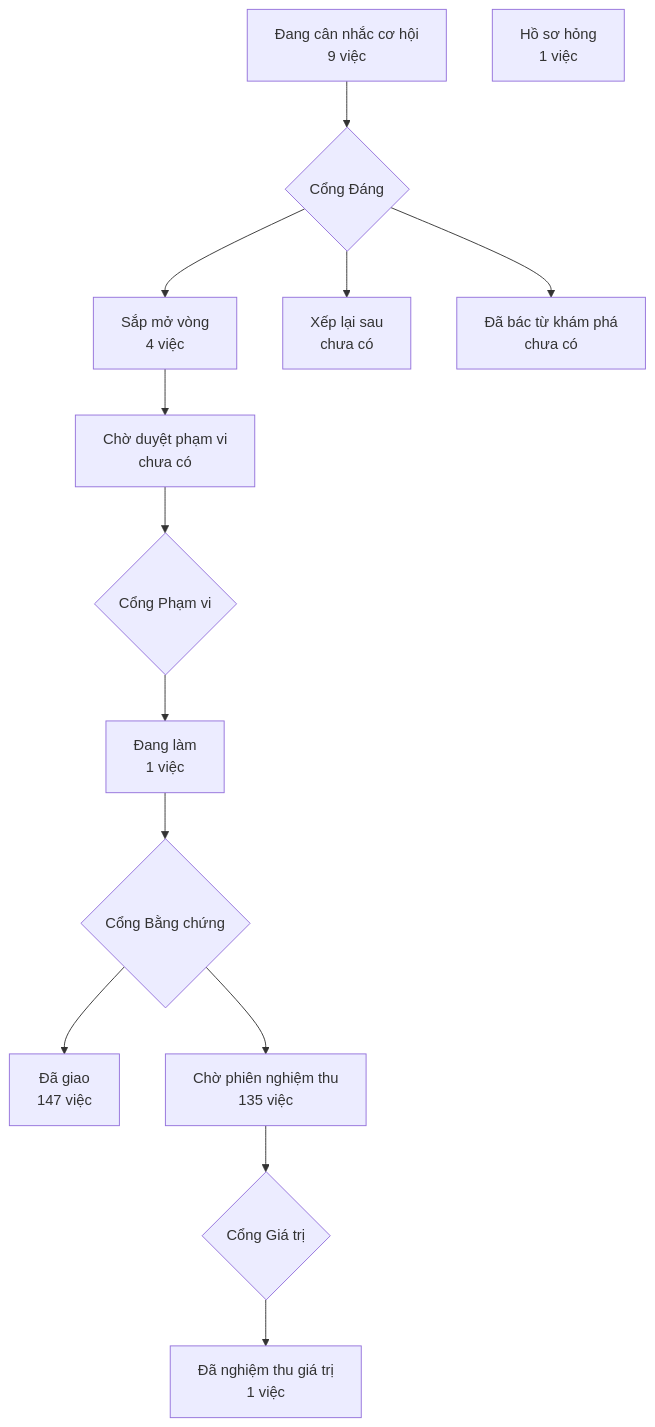
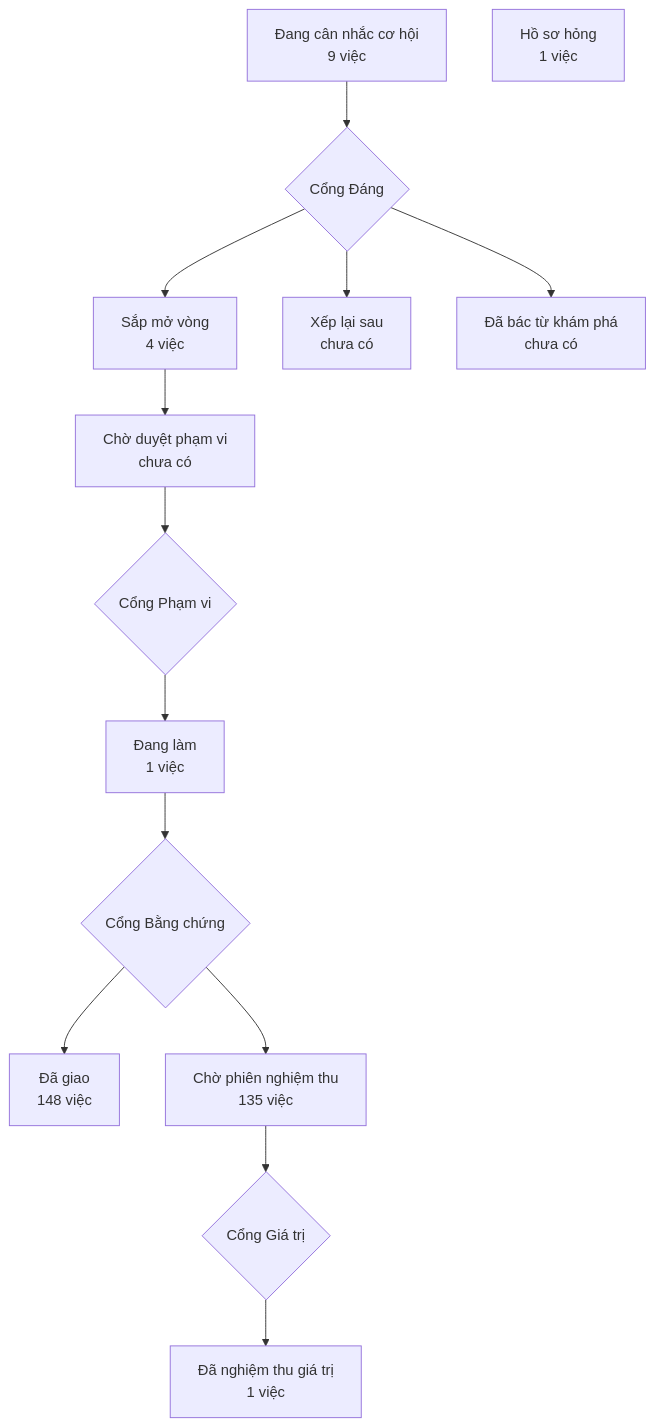
One commit to phanlemanh/crm-onehub changed the diagram in PRODUCT-MAP.md. Above: the diagram before and after it, drawn with Mermaid. The commit also changed other lines of this file and 1 other file, not shown here.

Commit message:
chore(pre-push-t1): vẽ lại bản đồ sau gộp onehub 74a4acfdf

````diff
--- a/PRODUCT-MAP.md
+++ b/PRODUCT-MAP.md
@@ -7,13 +7,13 @@
 ```mermaid
 flowchart TD
   A["Đang cân nhắc cơ hội<br/>9 việc"] --> GD{"Cổng Đáng"}
   GD --> B["Sắp mở vòng<br/>4 việc"]
   GD --> XL["Xếp lại sau<br/>chưa có"]
   GD --> DB["Đã bác từ khám phá<br/>chưa có"]
   B --> CD["Chờ duyệt phạm vi<br/>chưa có"] --> GP{"Cổng Phạm vi"}
   GP --> DL["Đang làm<br/>1 việc"] --> GB{"Cổng Bằng chứng"}
-  GB --> DG["Đã giao<br/>147 việc"]
+  GB --> DG["Đã giao<br/>148 việc"]
   GB --> CN["Chờ phiên nghiệm thu<br/>135 việc"] --> GG{"Cổng Giá trị"}
   GG --> NT["Đã nghiệm thu giá trị<br/>1 việc"]
   HS["Hồ sơ hỏng<br/>1 việc"]
 ```
````
